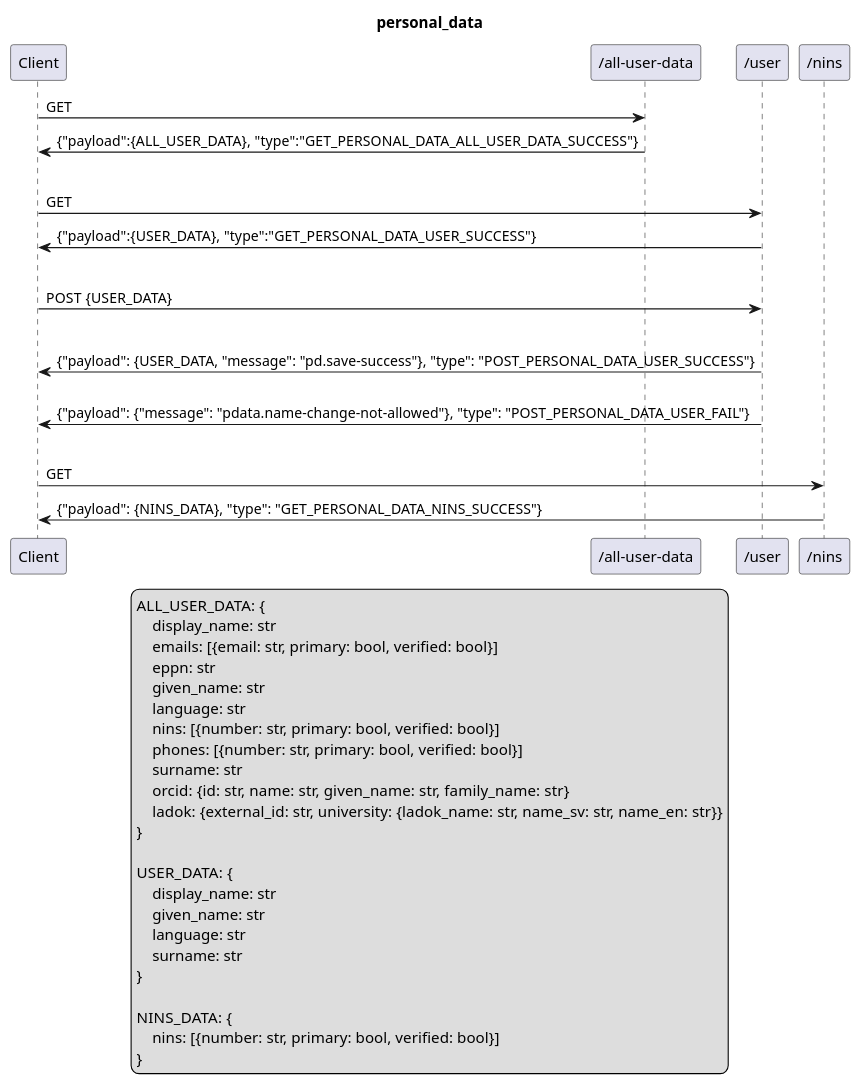
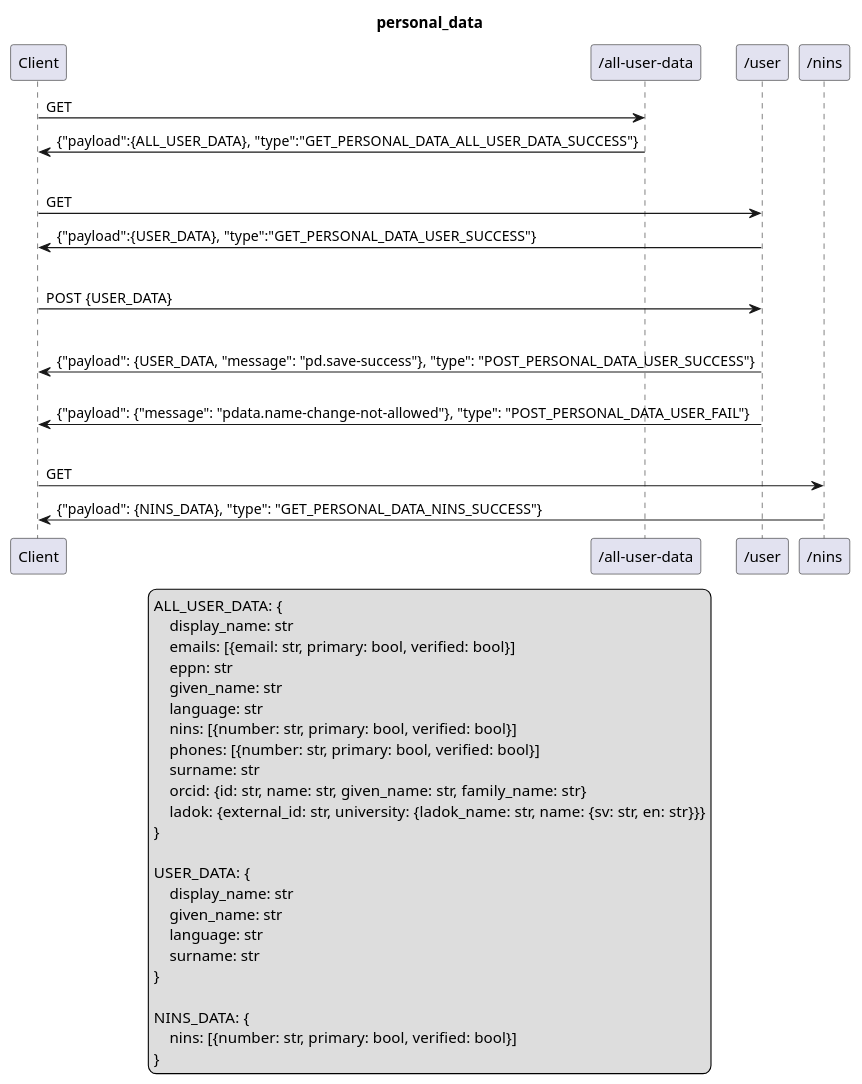
One commit to SUNET/eduid-backend changed the diagram in doc/personal_data.puml. Above: the diagram before and after it, drawn with PlantUML. The commit also changed 13 other files, not shown here.

```diff
--- a/doc/personal_data.puml
+++ b/doc/personal_data.puml
@@ -1,44 +1,44 @@
 @startuml
 title personal_data
 
 legend
     ALL_USER_DATA: {
         display_name: str
         emails: [{email: str, primary: bool, verified: bool}]
         eppn: str
         given_name: str
         language: str
         nins: [{number: str, primary: bool, verified: bool}]
         phones: [{number: str, primary: bool, verified: bool}]
         surname: str
         orcid: {id: str, name: str, given_name: str, family_name: str}
-        ladok: {external_id: str, university: {ladok_name: str, name_sv: str, name_en: str}}
+        ladok: {external_id: str, university: {ladok_name: str, name: {sv: str, en: str}}}
     }
 
     USER_DATA: {
         display_name: str
         given_name: str
         language: str
         surname: str
     }
 
     NINS_DATA: {
         nins: [{number: str, primary: bool, verified: bool}]
     }
 end legend
 
 Client->"/all-user-data": GET
 "/all-user-data"->Client: {"payload":{ALL_USER_DATA}, "type":"GET_PERSONAL_DATA_ALL_USER_DATA_SUCCESS"}
 |||
 Client->"/user": GET
 "/user"->Client: {"payload":{USER_DATA}, "type":"GET_PERSONAL_DATA_USER_SUCCESS"}
 |||
 Client->"/user": POST {USER_DATA}
 alt user data updated successfully
     "/user"->Client: {"payload": {USER_DATA, "message": "pd.save-success"}, "type": "POST_PERSONAL_DATA_USER_SUCCESS"}
 else user is verified and tries to set given_name or surname
     "/user"->Client: {"payload": {"message": "pdata.name-change-not-allowed"}, "type": "POST_PERSONAL_DATA_USER_FAIL"}
 |||
 Client->"/nins": GET
 "/nins"->Client: {"payload": {NINS_DATA}, "type": "GET_PERSONAL_DATA_NINS_SUCCESS"}
 @enduml
```
